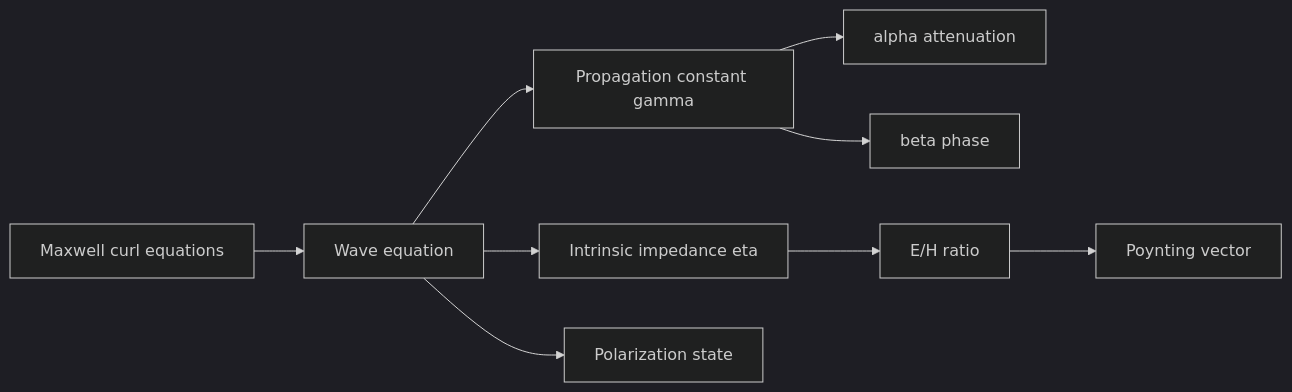
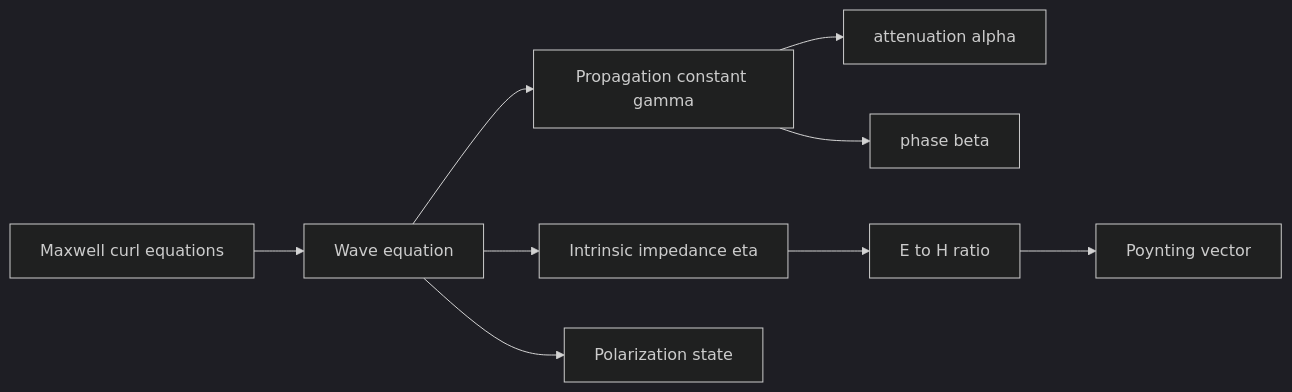
One commit to justinbrianhwang/SJ-wiki changed the diagram in docs/physics/electromagnetics/plane-waves-lossless-lossy-polarization.md. Above: the diagram before and after it, drawn with Mermaid (dark theme). The commit also changed other lines of this file and 166 other files, not shown here.

````diff
--- a/docs/physics/electromagnetics/plane-waves-lossless-lossy-polarization.md
+++ b/docs/physics/electromagnetics/plane-waves-lossless-lossy-polarization.md
@@ -141,11 +213,11 @@
 ```mermaid
 flowchart LR
-  A[Maxwell curl equations] --> B[Wave equation]
-  B --> C[Propagation constant gamma]
-  B --> D[Intrinsic impedance eta]
-  C --> E[alpha attenuation]
-  C --> F[beta phase]
-  D --> G[E/H ratio]
-  G --> H[Poynting vector]
-  B --> I[Polarization state]
+  A["Maxwell curl equations"] --> B["Wave equation"]
+  B --> C["Propagation constant gamma"]
+  B --> D["Intrinsic impedance eta"]
+  C --> E["attenuation alpha"]
+  C --> F["phase beta"]
+  D --> G["E to H ratio"]
+  G --> H["Poynting vector"]
+  B --> I["Polarization state"]
 ```
````
